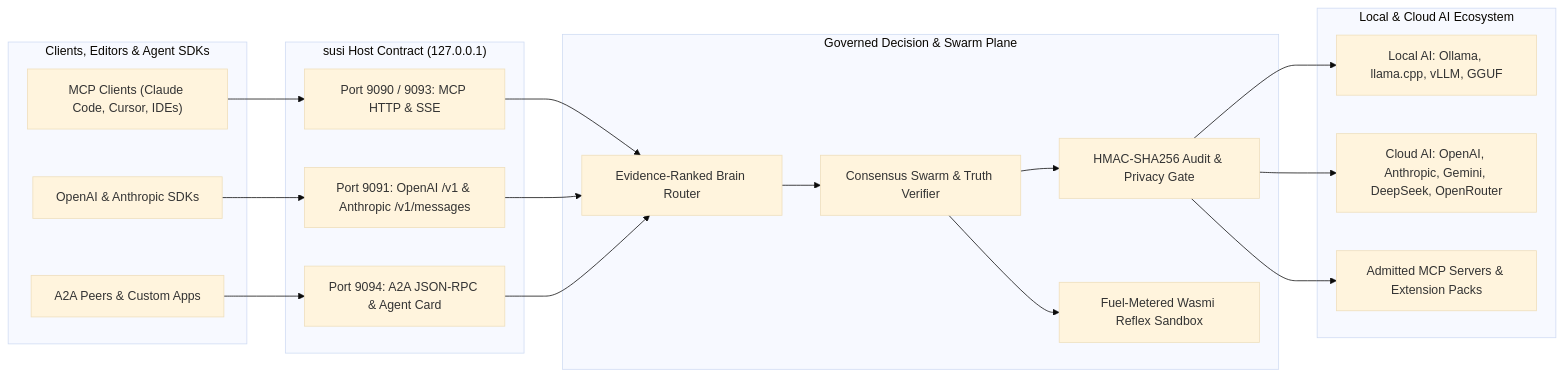
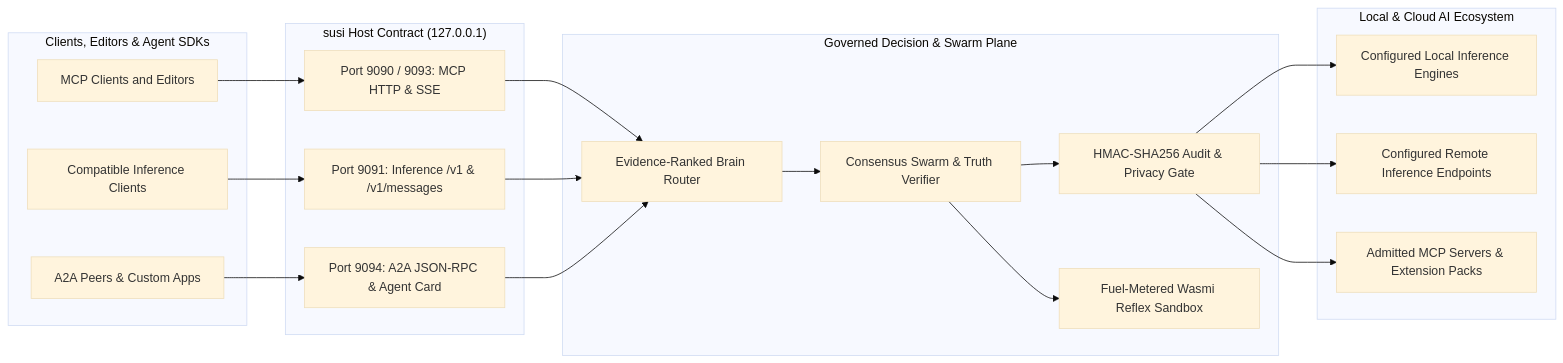
Before and after one commit to intellibitz/susi: the diagram in docs/architecture.md, drawn with Mermaid (base theme). The commit also changed other lines of this file and 4 other files, not shown here.

````diff
--- a/docs/architecture.md
+++ b/docs/architecture.md
@@ -27,38 +27,38 @@
 ```mermaid
 flowchart LR
     subgraph Clients["Clients, Editors & Agent SDKs"]
-        MCPClient["MCP Clients (Claude Code, Cursor, IDEs)"]
-        OAI["OpenAI & Anthropic SDKs"]
+        MCPClient["MCP Clients and Editors"]
+        OAI["Compatible Inference Clients"]
         A2APeer["A2A Peers & Custom Apps"]
     end
 
     subgraph Host["susi Host Contract (127.0.0.1)"]
         P9090["Port 9090 / 9093: MCP HTTP & SSE"]
-        P9091["Port 9091: OpenAI /v1 & Anthropic /v1/messages"]
+        P9091["Port 9091: Inference /v1 & /v1/messages"]
         P9094["Port 9094: A2A JSON-RPC & Agent Card"]
     end
 
     subgraph Kernel["Governed Decision & Swarm Plane"]
         Brain["Evidence-Ranked Brain Router"]
         Swarm["Consensus Swarm & Truth Verifier"]
         Audit["HMAC-SHA256 Audit & Privacy Gate"]
         Wasm["Fuel-Metered Wasmi Reflex Sandbox"]
     end
 
     subgraph Backends["Local & Cloud AI Ecosystem"]
-        Local["Local AI: Ollama, llama.cpp, vLLM, GGUF"]
-        Cloud["Cloud AI: OpenAI, Anthropic, Gemini, DeepSeek, OpenRouter"]
+        Local["Configured Local Inference Engines"]
+        Cloud["Configured Remote Inference Endpoints"]
         Ext["Admitted MCP Servers & Extension Packs"]
     end
 
     MCPClient --> P9090
     OAI --> P9091
     A2APeer --> P9094
     P9090 & P9091 & P9094 --> Brain
     Brain --> Swarm
     Swarm --> Audit
     Swarm --> Wasm
     Audit --> Local
     Audit --> Cloud
     Audit --> Ext
 ```
````
